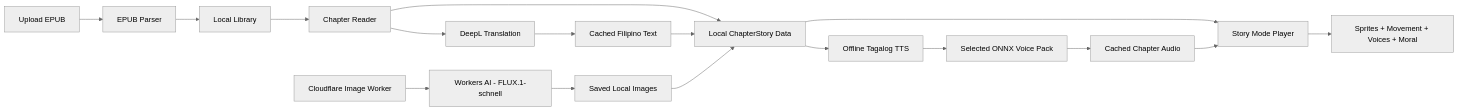
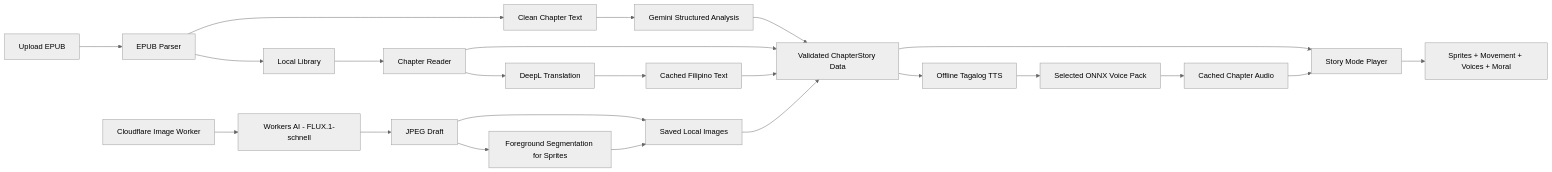
One commit to Jbeloz/StoryTale changed the diagram in docs/ARCHITECTURE.md. Above: the diagram before and after it, drawn with Mermaid (neutral theme). The commit also changed other lines of this file and 22 other files, not shown here.

````diff
--- a/docs/ARCHITECTURE.md
+++ b/docs/ARCHITECTURE.md
@@ -5,19 +5,25 @@
 ```mermaid
 flowchart LR
     A["Upload EPUB"] --> B["EPUB Parser"]
+    B --> P["Clean Chapter Text"]
+    P --> Q["Gemini Structured Analysis"]
+    Q --> G["Validated ChapterStory Data"]
     B --> C["Local Library"]
     C --> D["Chapter Reader"]
     D --> E["DeepL Translation"]
     E --> F["Cached Filipino Text"]
-    D --> G["Local ChapterStory Data"]
+    D --> G
     F --> G
     G --> M["Offline Tagalog TTS"]
     M --> N["Selected ONNX Voice Pack"]
     N --> O["Cached Chapter Audio"]
     G --> H["Story Mode Player"]
     O --> H
     H --> I["Sprites + Movement + Voices + Moral"]
     J["Cloudflare Image Worker"] --> L["Workers AI - FLUX.1-schnell"]
-    L --> K["Saved Local Images"]
+    L --> R["JPEG Draft"]
+    R --> S["Foreground Segmentation for Sprites"]
+    R --> K["Saved Local Images"]
+    S --> K
     K --> G
 ```
````
